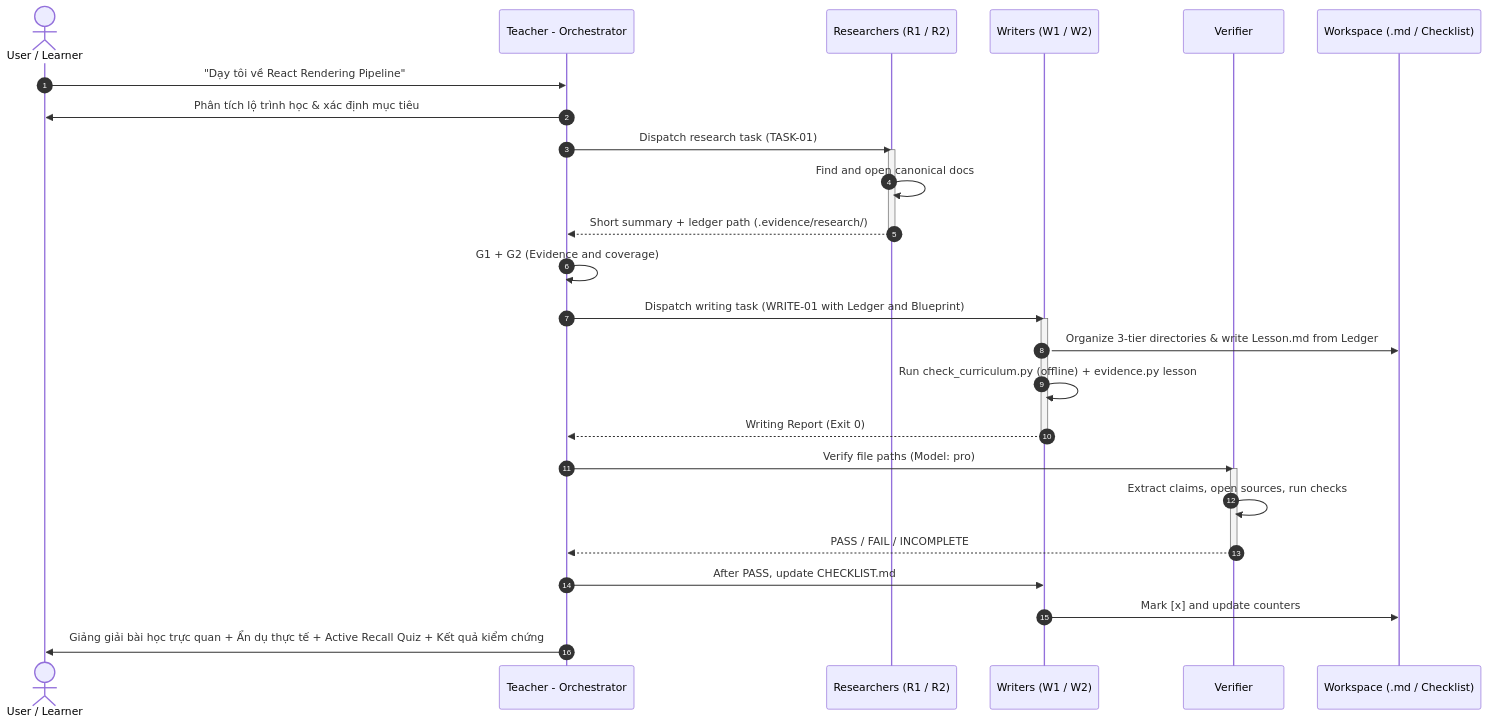
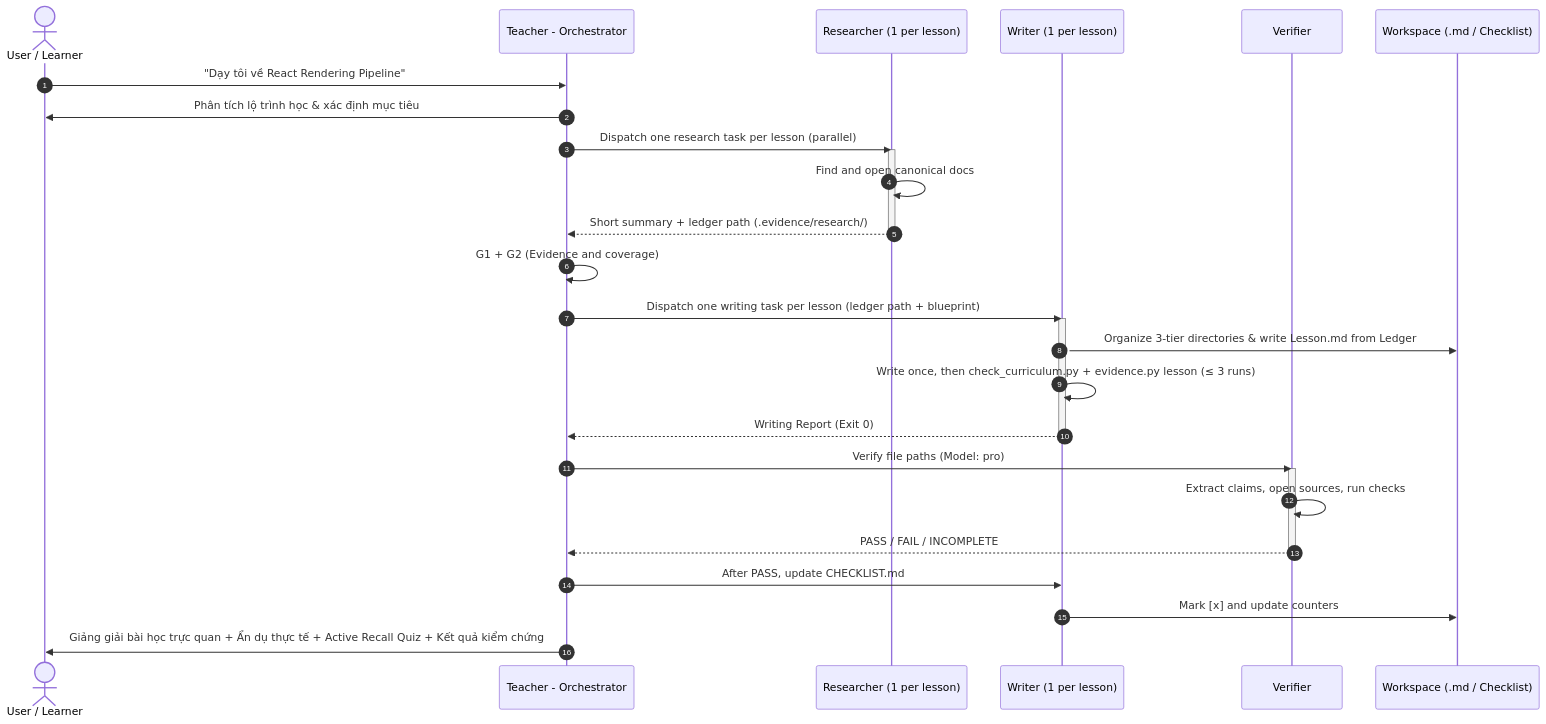
Before and after one commit to HelloMinh2122005/SelfLearn: the diagram in .agents/agents/teacher-orchestrator.md, drawn with Mermaid. The commit also changed other lines of this file and 118 other files, not shown here.

````diff
--- a/.agents/agents/teacher-orchestrator.md
+++ b/.agents/agents/teacher-orchestrator.md
@@ -161,33 +164,33 @@
 ```mermaid
 sequenceDiagram
     autonumber
     actor Learner as User / Learner
     participant Teacher as Teacher - Orchestrator
-    participant R as Researchers (R1 / R2)
-    participant W as Writers (W1 / W2)
+    participant R as Researcher (1 per lesson)
+    participant W as Writer (1 per lesson)
     participant V as Verifier
     participant FS as Workspace (.md / Checklist)
 
     Learner->>Teacher: "Dạy tôi về React Rendering Pipeline"
     Teacher->>Learner: Phân tích lộ trình học & xác định mục tiêu
-    Teacher->>R: Dispatch research task (TASK-01)
+    Teacher->>R: Dispatch one research task per lesson (parallel)
     activate R
     R->>R: Find and open canonical docs
     R-->>Teacher: Short summary + ledger path (.evidence/research/)
     deactivate R
     Teacher->>Teacher: G1 + G2 (Evidence and coverage)
-    Teacher->>W: Dispatch writing task (WRITE-01 with Ledger and Blueprint)
+    Teacher->>W: Dispatch one writing task per lesson (ledger path + blueprint)
     activate W
     W->>FS: Organize 3-tier directories & write Lesson.md from Ledger
-    W->>W: Run check_curriculum.py (offline) + evidence.py lesson
+    W->>W: Write once, then check_curriculum.py + evidence.py lesson (≤ 3 runs)
     W-->>Teacher: Writing Report (Exit 0)
     deactivate W
     Teacher->>V: Verify file paths (Model: pro)
     activate V
     V->>V: Extract claims, open sources, run checks
     V-->>Teacher: PASS / FAIL / INCOMPLETE
     deactivate V
     Teacher->>W: After PASS, update CHECKLIST.md
     W->>FS: Mark [x] and update counters
     Teacher->>Learner: Giảng giải bài học trực quan + Ẩn dụ thực tế + Active Recall Quiz + Kết quả kiểm chứng
 ```
````
